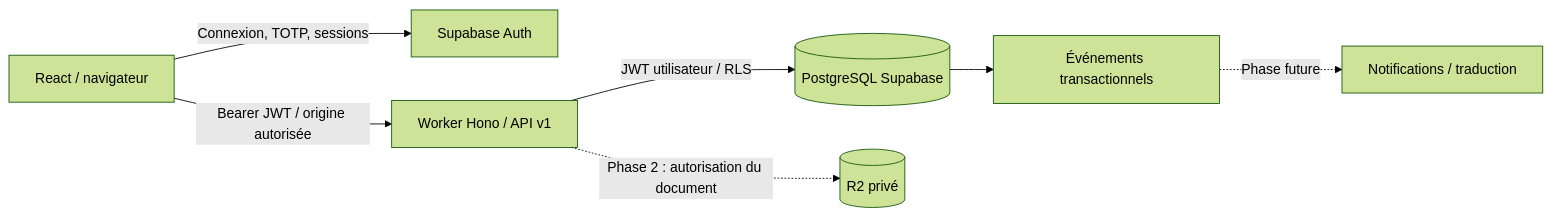
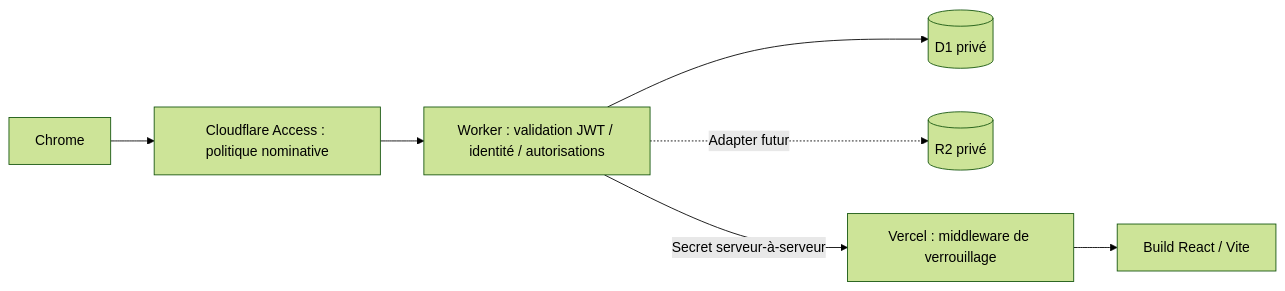
The diagram in ARCHITECTURE.md (Francbouch/Plateforme-Communication-Chine), drawn with Mermaid (forest theme) before and after one commit. The commit also changed other lines of this file and 9 other files, not shown here.

Commit message:
docs: document private D1 Access migration and verified deployment steps

````diff
--- a/ARCHITECTURE.md
+++ b/ARCHITECTURE.md
@@ -9,9 +5,9 @@
 ```mermaid
 flowchart LR
- UI[React / navigateur] -->|Connexion, TOTP, sessions| Auth[Supabase Auth]
- UI -->|Bearer JWT / origine autorisée| API[Worker Hono / API v1]
- API -->|JWT utilisateur / RLS| DB[(PostgreSQL Supabase)]
- API -. Phase 2 : autorisation du document .-> R2[(R2 privé)]
- DB --> Outbox[Événements transactionnels]
- Outbox -. Phase future .-> Jobs[Notifications / traduction]
+ Browser[Chrome] --> Access[Cloudflare Access : politique nominative]
+ Access --> Gateway[Worker : validation JWT / identité / autorisations]
+ Gateway --> D1[(D1 privé)]
+ Gateway -. Adapter futur .-> R2[(R2 privé)]
+ Gateway -->|Secret serveur-à-serveur| Origin[Vercel : middleware de verrouillage]
+ Origin --> React[Build React / Vite]
 ```
````
